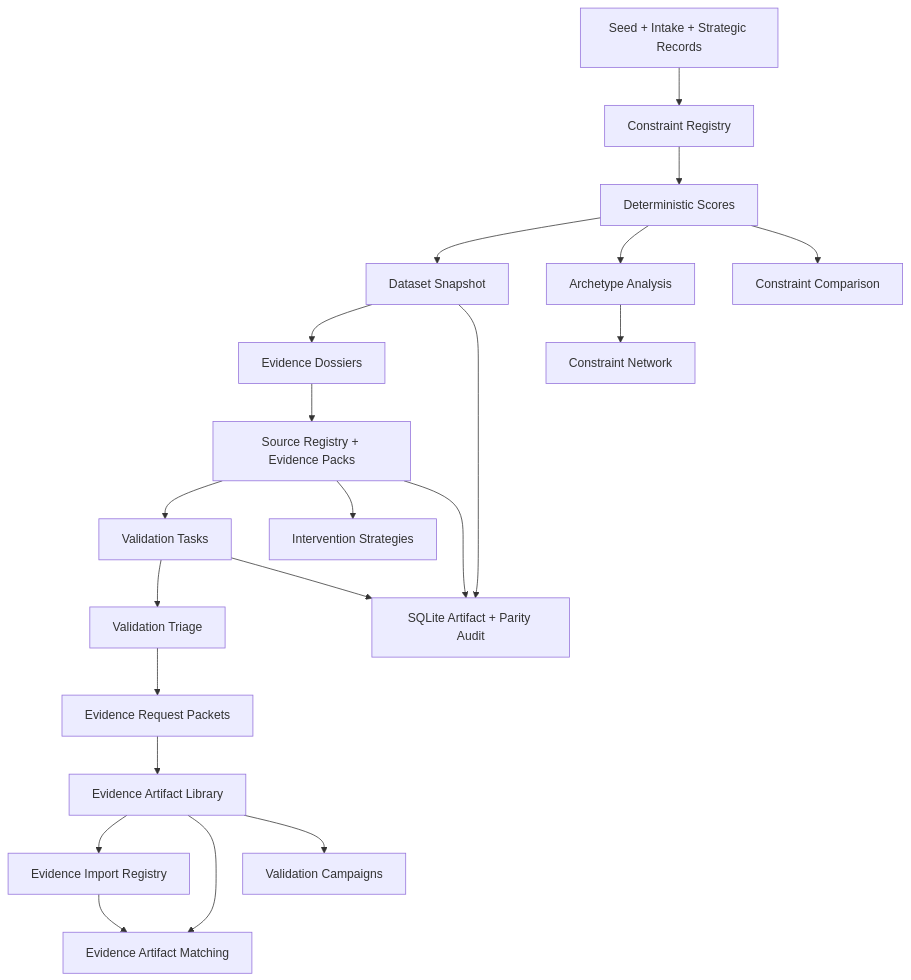
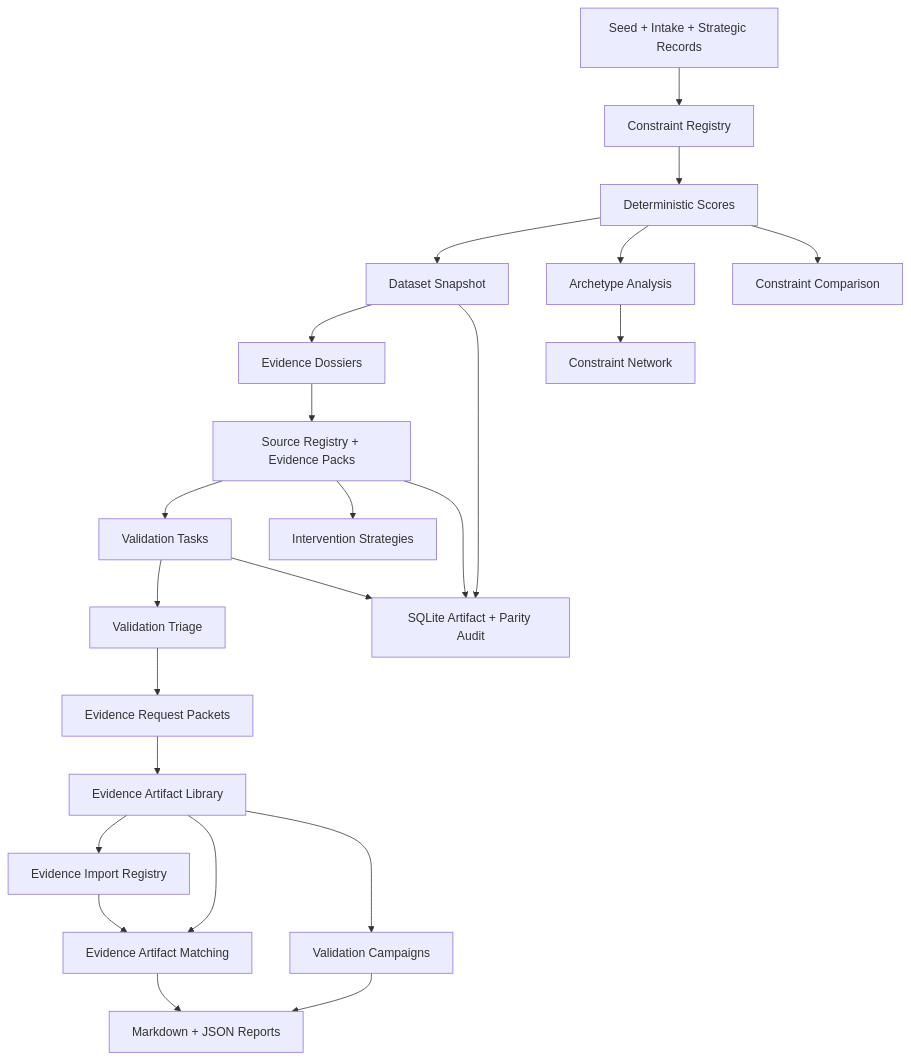
The first of 2 diagrams in README.md (EtherTabu/economic-x-ray-vision), drawn with Mermaid before and after one commit. The commit also changed other lines of this file and 40 other files, not shown here.

````diff
--- a/README.md
+++ b/README.md
@@ -133,23 +137,25 @@
 ```mermaid
 flowchart TD
   A["Seed + Intake + Strategic Records"] --> B["Constraint Registry"]
   B --> C["Deterministic Scores"]
   C --> D["Dataset Snapshot"]
   D --> E["Evidence Dossiers"]
   E --> F["Source Registry + Evidence Packs"]
   F --> G["Validation Tasks"]
   G --> H["Validation Triage"]
   H --> I["Evidence Request Packets"]
   I --> P["Evidence Artifact Library"]
   P --> Q["Evidence Import Registry"]
   Q --> R["Evidence Artifact Matching"]
   P --> R
   P --> J["Validation Campaigns"]
+  J --> S["Markdown + JSON Reports"]
+  R --> S
   F --> K["Intervention Strategies"]
   C --> L["Archetype Analysis"]
   L --> M["Constraint Network"]
   C --> N["Constraint Comparison"]
   D --> O["SQLite Artifact + Parity Audit"]
   F --> O
   G --> O
 ```
````
